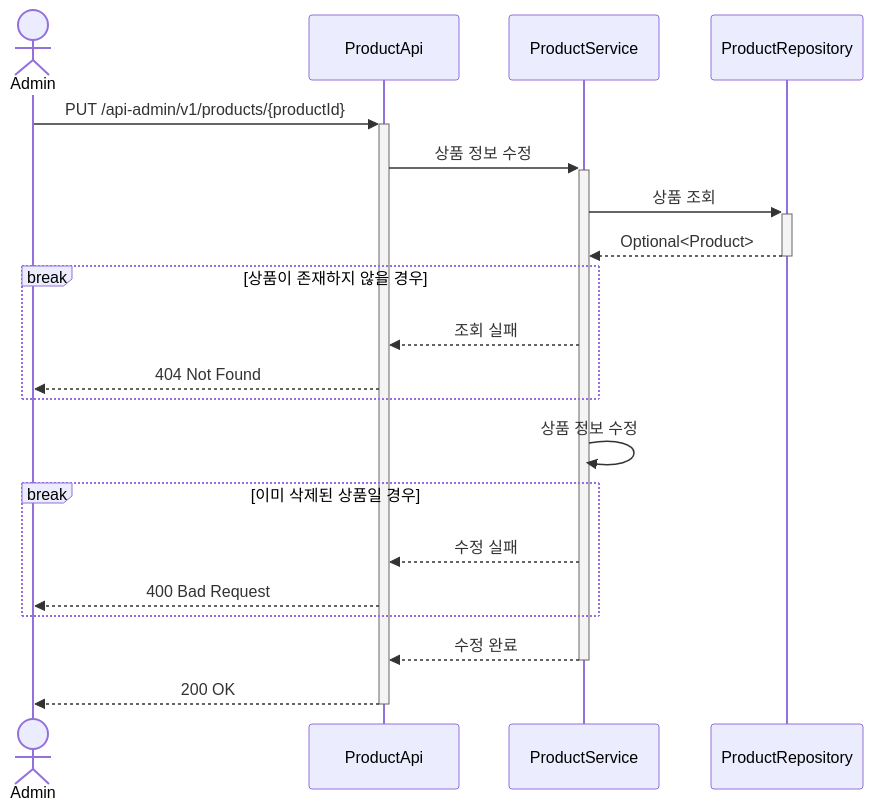
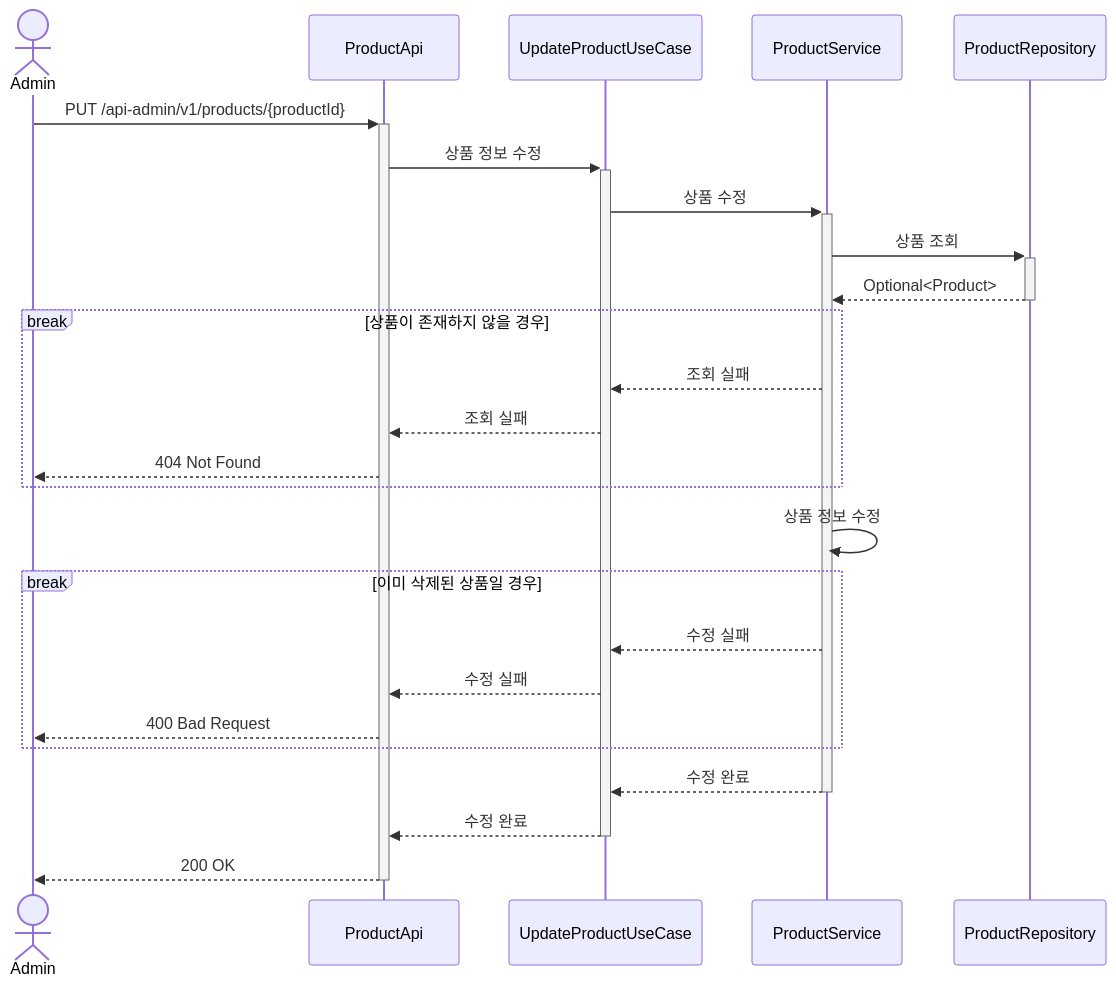
One commit to Loopers-dev-lab/loop-pack-be-l2-vol3-java changed diagram 12 of 23 in .docs/design/02-sequence-diagrams.md. Above: the diagram before and after it, drawn with Mermaid. The commit also changed other lines of this file and 88 other files, not shown here.

````diff
--- a/.docs/design/02-sequence-diagrams.md
+++ b/.docs/design/02-sequence-diagrams.md
@@ -390,26 +422,32 @@
 ```mermaid
 sequenceDiagram
     actor Admin
     participant ProductApi
+    participant UpdateProductUseCase
     participant ProductService
     participant ProductRepository
 
     Admin ->>+ ProductApi: PUT /api-admin/v1/products/{productId}
-    ProductApi ->>+ ProductService: 상품 정보 수정
+    ProductApi ->>+ UpdateProductUseCase: 상품 정보 수정
+    UpdateProductUseCase ->>+ ProductService: 상품 수정
     ProductService ->>+ ProductRepository: 상품 조회
     ProductRepository -->>- ProductService: Optional<Product>
 
     break 상품이 존재하지 않을 경우
-        ProductService -->> ProductApi: 조회 실패
+        ProductService -->> UpdateProductUseCase: 조회 실패
+        UpdateProductUseCase -->> ProductApi: 조회 실패
         ProductApi -->> Admin: 404 Not Found
     end
 
     ProductService ->> ProductService: 상품 정보 수정
 
     break 이미 삭제된 상품일 경우
-        ProductService -->> ProductApi: 수정 실패
+        ProductService -->> UpdateProductUseCase: 수정 실패
+        UpdateProductUseCase -->> ProductApi: 수정 실패
         ProductApi -->> Admin: 400 Bad Request
     end
-    ProductService -->>- ProductApi: 수정 완료
+
+    ProductService -->>- UpdateProductUseCase: 수정 완료
+    UpdateProductUseCase -->>- ProductApi: 수정 완료
     ProductApi -->>- Admin: 200 OK
 ```
````
